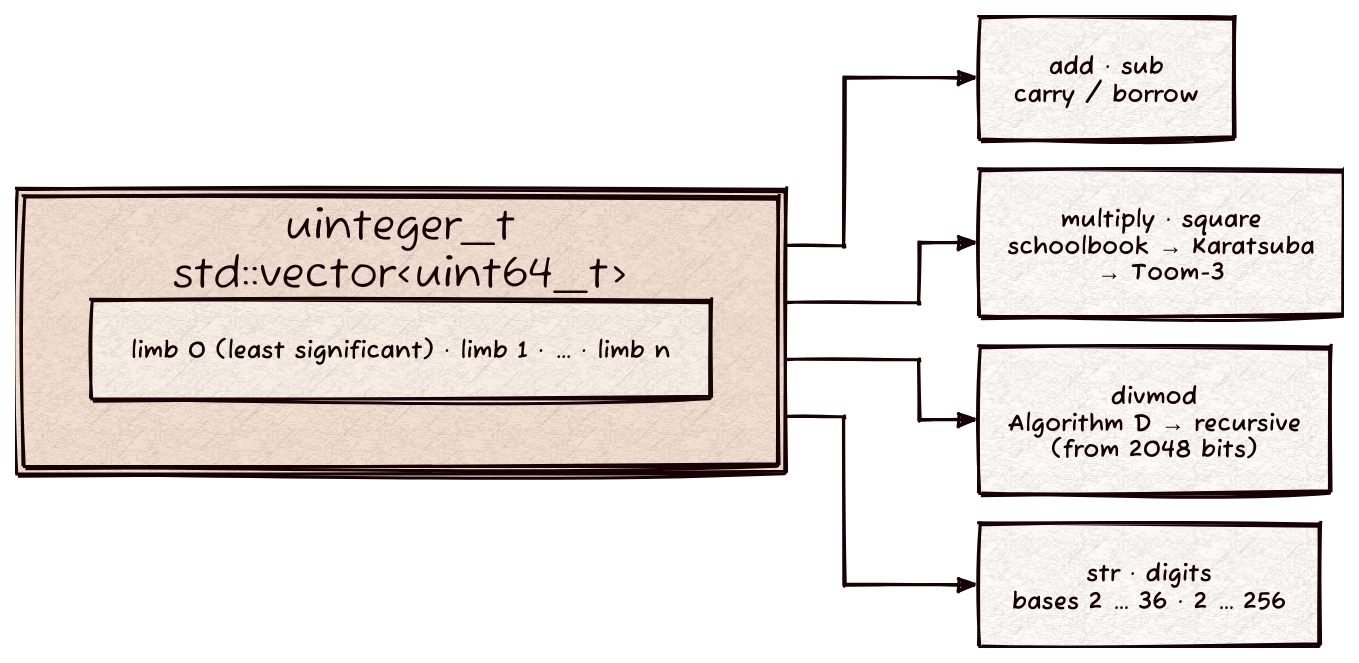
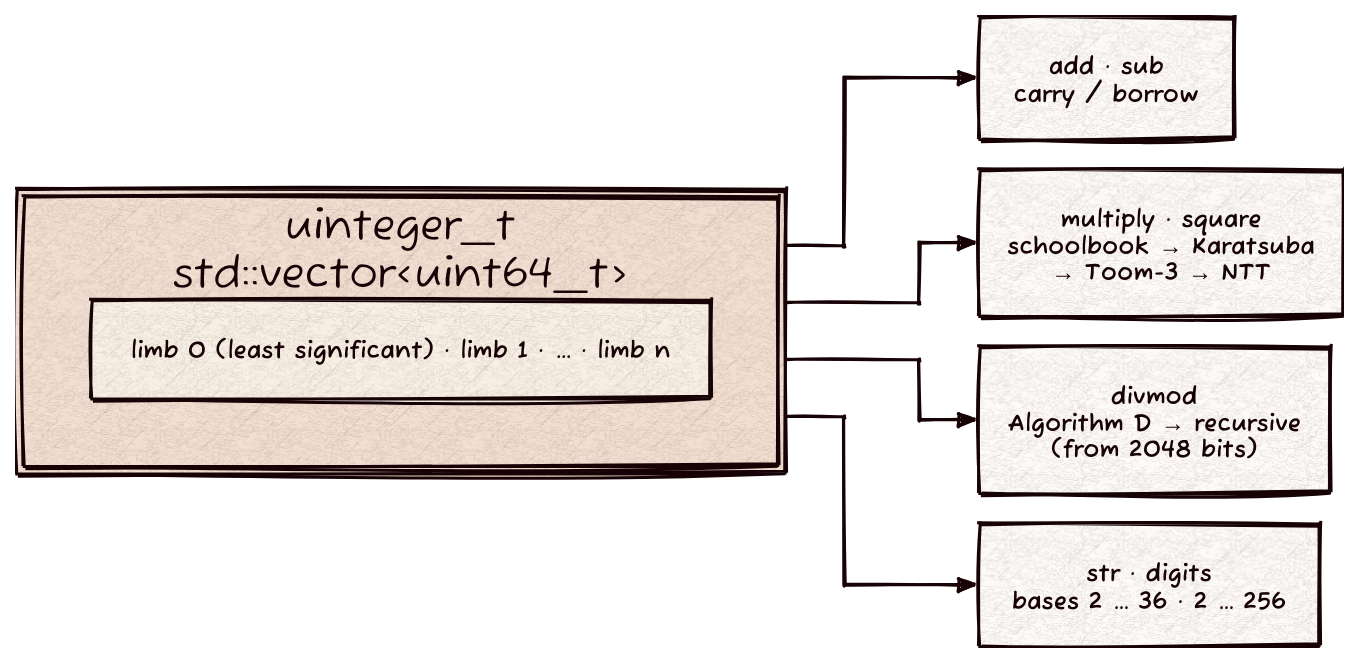
One commit to Kronuz/uinteger_t changed the diagram in docs/uinteger_t.d2. Above: the diagram before and after it, drawn with D2. The commit also changed 2 other files, not shown here.

Commit message:
Name the transform in the README diagram
The multiplication box and the image's alt text list the number-
theoretic transform after Toom-3.

```diff
--- a/docs/uinteger_t.d2
+++ b/docs/uinteger_t.d2
@@ -1,27 +1,27 @@
 # uinteger_t: little-endian 64-bit limbs, and the algorithm each size gets.
 # Render: ~/.agents/skills/d2-diagrams/scripts/render.sh docs/uinteger_t.d2
 vars: { d2-config: { layout-engine: elk; theme-id: 302; sketch: true; pad: 24 } }
 direction: right
 
 value: uinteger_t {
   limbs: "limb 0 (least significant) · limb 1 · … · limb n"
   label: "uinteger_t\nstd::vector<uint64_t>"
 }
 
 add: "+ −" {
   label: "add · sub\ncarry / borrow"
 }
 mul: "×" {
-  label: "multiply · square\nschoolbook → Karatsuba\n→ Toom-3"
+  label: "multiply · square\nschoolbook → Karatsuba\n→ Toom-3 → NTT"
 }
 div: "÷ %" {
   label: "divmod\nAlgorithm D → recursive\n(from 2048 bits)"
 }
 text: strings {
   label: "str · digits\nbases 2 … 36 · 2 … 256"
 }
 
 value -> add
 value -> mul
 value -> div
 value -> text
```
